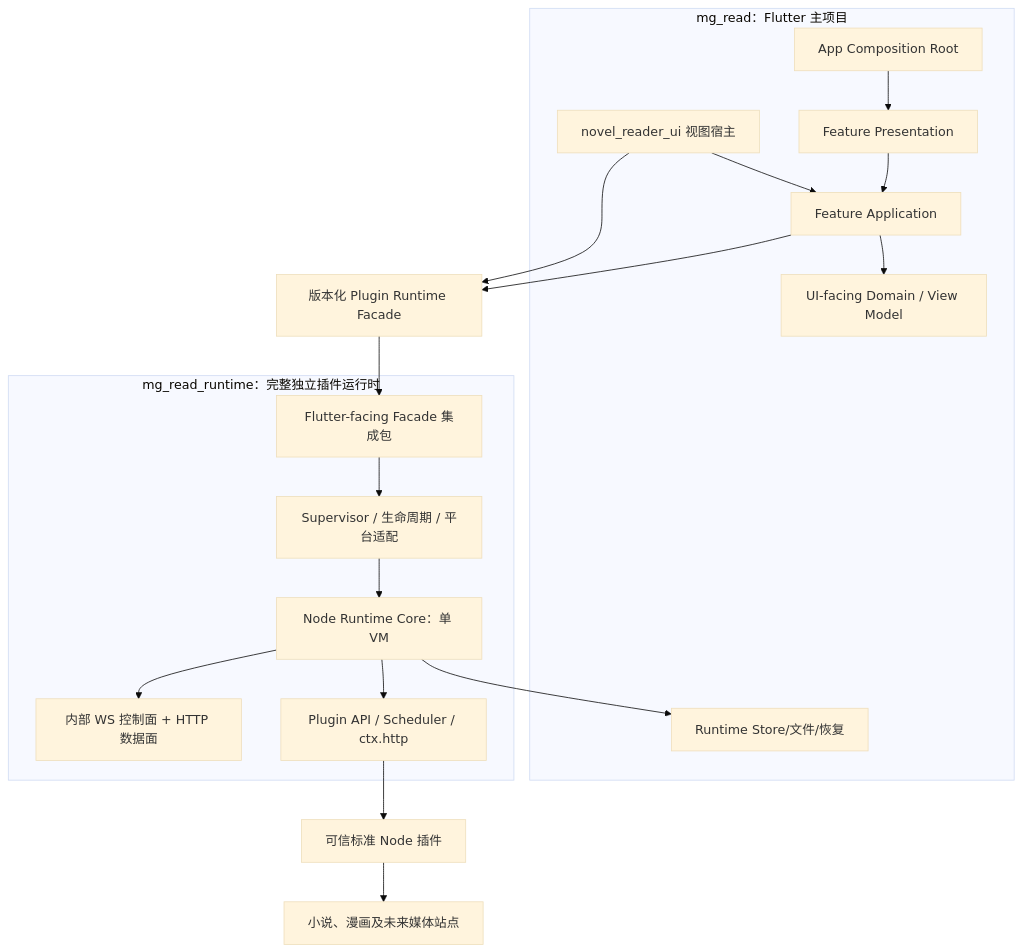
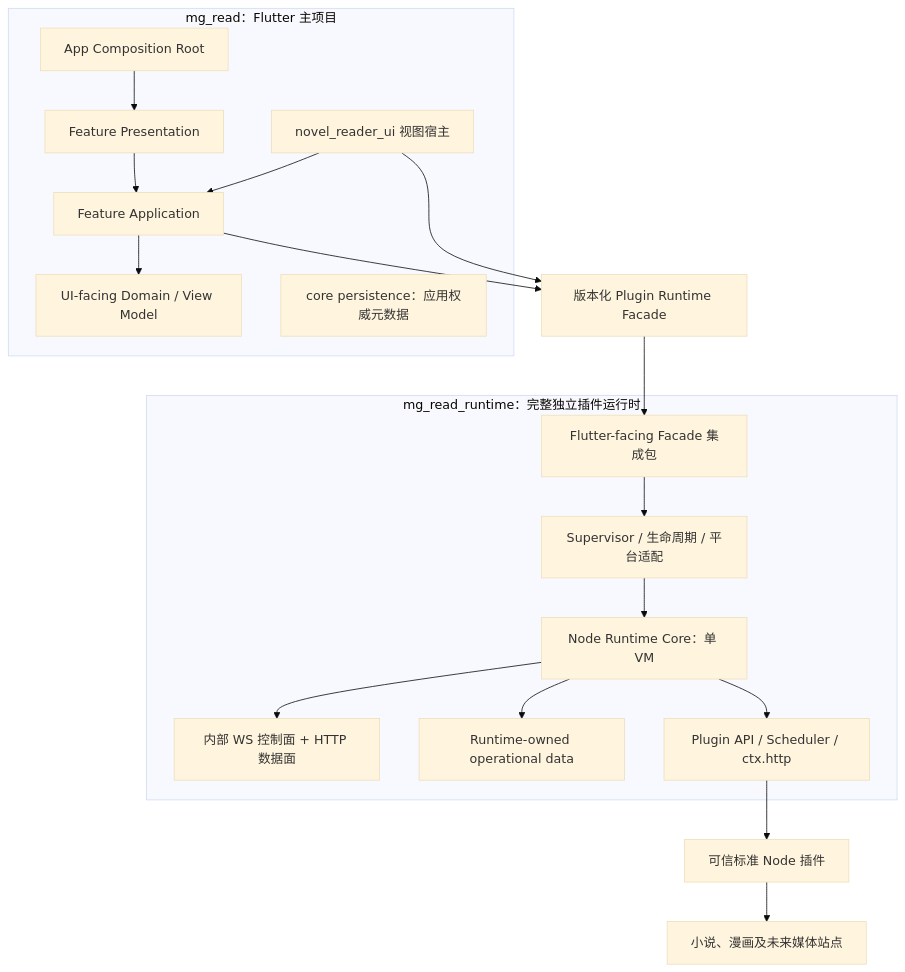
The diagram in docs/architecture/02-system-architecture.md (lingy-Mg/mg_read), drawn with Mermaid (base theme) before and after one commit. The commit also changed other lines of this file and 34 other files, not shown here.

````diff
--- a/docs/architecture/02-system-architecture.md
+++ b/docs/architecture/02-system-architecture.md
@@ -10,36 +10,36 @@
 ```mermaid
 flowchart TB
     subgraph APP["mg_read：Flutter 主项目"]
         ROOT["App Composition Root"]
         PRES["Feature Presentation"]
         USE["Feature Application"]
         DOMAIN["UI-facing Domain / View Model"]
     READER["novel_reader_ui 视图宿主"]
     STORE["core persistence：应用权威元数据"]
         ROOT --> PRES
         PRES --> USE
         USE --> DOMAIN
         READER --> USE
     end
 
     USE --> FACADE["版本化 Plugin Runtime Facade"]
     READER --> FACADE
 
     subgraph RUNTIME["mg_read_runtime：完整独立插件运行时"]
         API["Flutter-facing Facade 集成包"]
         SUP["Supervisor / 生命周期 / 平台适配"]
         CORE["Node Runtime Core：单 VM"]
         WIRE["内部 WS 控制面 + HTTP 数据面"]
-        STORE["Runtime Store/文件/恢复"]
+        RSTORE["Runtime-owned operational data"]
         SDK["Plugin API / Scheduler / ctx.http"]
         API --> SUP
         SUP --> CORE
         CORE --> WIRE
-        CORE --> STORE
+        CORE --> RSTORE
         CORE --> SDK
     end
 
     FACADE --> API
     SDK --> PLUGINS["可信标准 Node 插件"]
     PLUGINS --> SOURCES["小说、漫画及未来媒体站点"]
 ```
````
